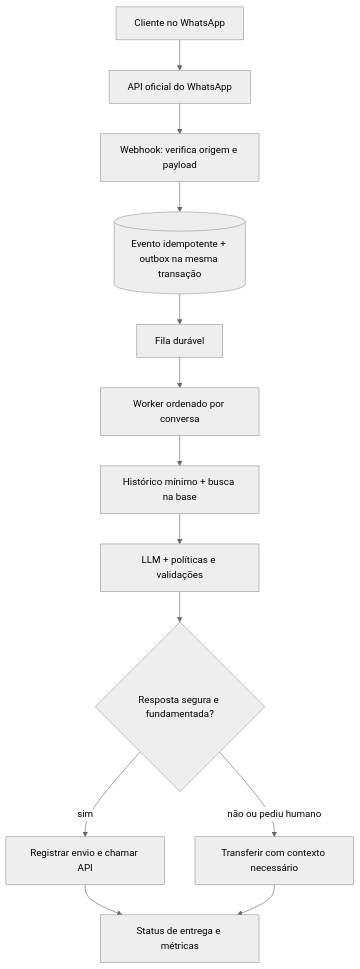
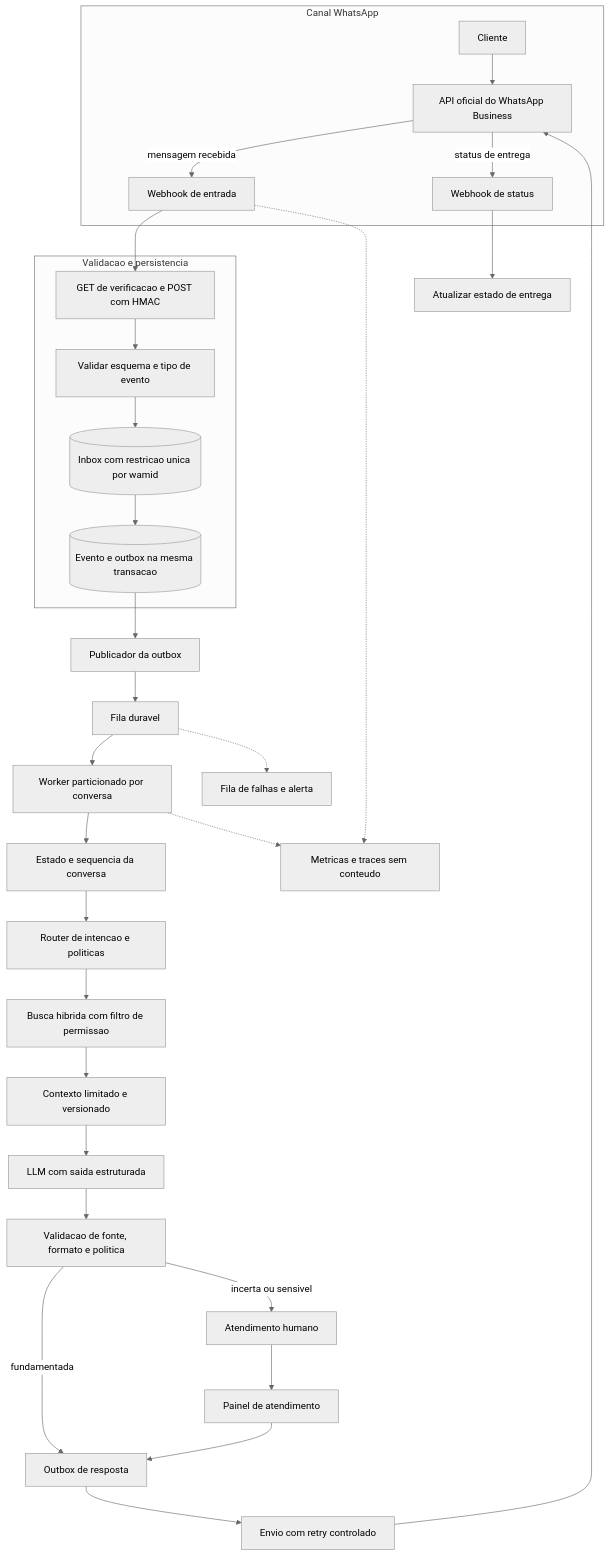
The first of 3 diagrams in README.md (GabrielAraujoGit/Questions), drawn with Mermaid (neutral theme) before and after one commit. The commit also changed other lines of this file, not shown here.

Commit message:
Aprofundar respostas e diagramas tecnicos

````diff
--- a/README.md
+++ b/README.md
@@ -30,15 +30,31 @@
 ```mermaid
 flowchart TD
-    A[Cliente no WhatsApp] --> B[API oficial do WhatsApp]
-    B --> C[Webhook: verifica origem e payload]
-    C --> D[(Evento idempotente + outbox na mesma transação)]
-    D --> E[Fila durável]
-    E --> F[Worker ordenado por conversa]
-    F --> G[Histórico mínimo + busca na base]
-    G --> H[LLM + políticas e validações]
-    H --> I{Resposta segura e fundamentada?}
-    I -->|sim| J[Registrar envio e chamar API]
-    I -->|não ou pediu humano| K[Transferir com contexto necessário]
-    J --> L[Status de entrega e métricas]
-    K --> L
+    subgraph WA[Canal WhatsApp]
+        A[Cliente] --> M[API oficial do WhatsApp Business]
+        M -->|mensagem recebida| H[Webhook de entrada]
+        M -->|status de entrega| CB[Webhook de status]
+    end
+    subgraph IN[Validacao e persistencia]
+        V[GET de verificacao e POST com HMAC]
+        S[Validar esquema e tipo de evento]
+        I[(Inbox com restricao unica por wamid)]
+        O[(Evento e outbox na mesma transacao)]
+        H --> V --> S --> I --> O
+    end
+    O --> P[Publicador da outbox] --> Q[Fila duravel]
+    Q --> W[Worker particionado por conversa]
+    W --> ST[Estado e sequencia da conversa]
+    ST --> R[Router de intencao e politicas]
+    R --> RET[Busca hibrida com filtro de permissao]
+    RET --> CTX[Contexto limitado e versionado]
+    CTX --> L[LLM com saida estruturada]
+    L --> G[Validacao de fonte, formato e politica]
+    G -->|fundamentada| OO[Outbox de resposta]
+    G -->|incerta ou sensivel| HUM[Atendimento humano]
+    OO --> SEND[Envio com retry controlado] --> M
+    HUM --> RH[Painel de atendimento] --> OO
+    CB --> DS[Atualizar estado de entrega]
+    Q -.-> DLQ[Fila de falhas e alerta]
+    W -.-> OBS[Metricas e traces sem conteudo]
+    H -.-> OBS
 ```
````
